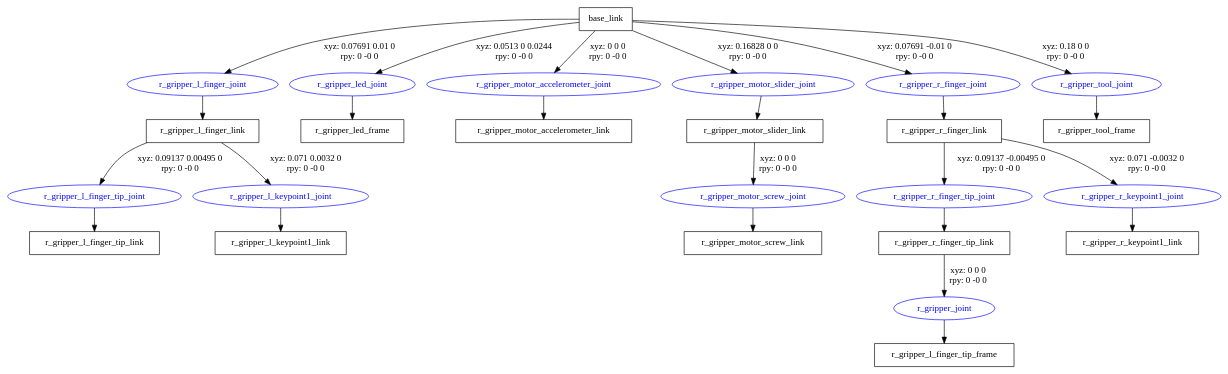
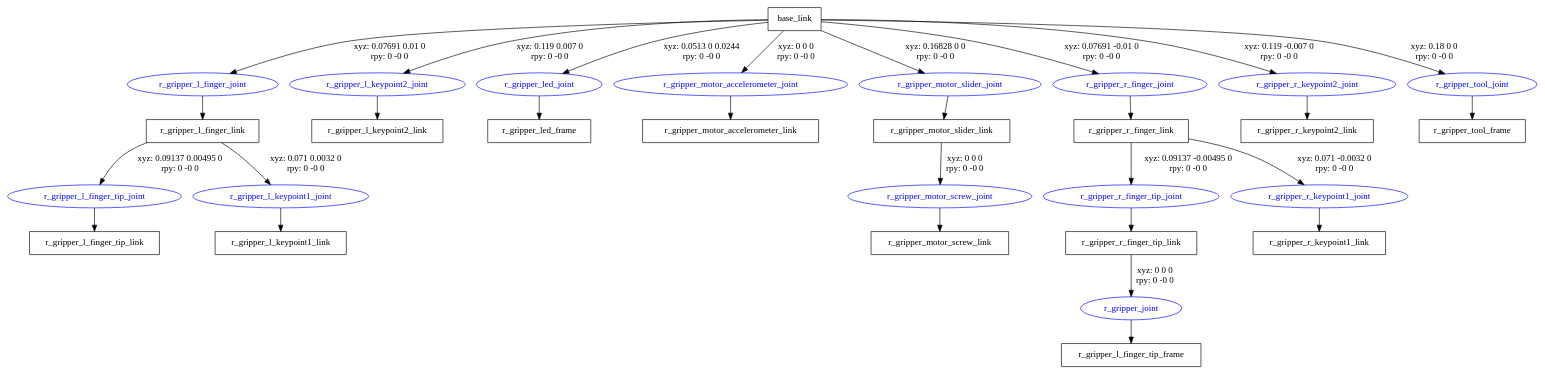
Before and after one commit to softyanija/scikit-robot-models: the diagram in pr2hand/pdf/pr2hand.gv, drawn with Graphviz. The commit also changed 3 other files, not shown here.

```diff
--- a/pr2hand/pdf/pr2hand.gv
+++ b/pr2hand/pdf/pr2hand.gv
@@ -1,41 +1,47 @@
 digraph G {
 node [shape=box];
 "base_link" [label="base_link"];
 "r_gripper_l_finger_link" [label="r_gripper_l_finger_link"];
 "r_gripper_l_finger_tip_link" [label="r_gripper_l_finger_tip_link"];
 "r_gripper_l_keypoint1_link" [label="r_gripper_l_keypoint1_link"];
+"r_gripper_l_keypoint2_link" [label="r_gripper_l_keypoint2_link"];
 "r_gripper_led_frame" [label="r_gripper_led_frame"];
 "r_gripper_motor_accelerometer_link" [label="r_gripper_motor_accelerometer_link"];
 "r_gripper_motor_slider_link" [label="r_gripper_motor_slider_link"];
 "r_gripper_motor_screw_link" [label="r_gripper_motor_screw_link"];
 "r_gripper_r_finger_link" [label="r_gripper_r_finger_link"];
 "r_gripper_r_finger_tip_link" [label="r_gripper_r_finger_tip_link"];
 "r_gripper_l_finger_tip_frame" [label="r_gripper_l_finger_tip_frame"];
 "r_gripper_r_keypoint1_link" [label="r_gripper_r_keypoint1_link"];
+"r_gripper_r_keypoint2_link" [label="r_gripper_r_keypoint2_link"];
 "r_gripper_tool_frame" [label="r_gripper_tool_frame"];
 node [shape=ellipse, color=blue, fontcolor=blue];
 "base_link" -> "r_gripper_l_finger_joint" [label="xyz: 0.07691 0.01 0 \nrpy: 0 -0 0"]
 "r_gripper_l_finger_joint" -> "r_gripper_l_finger_link"
 "r_gripper_l_finger_link" -> "r_gripper_l_finger_tip_joint" [label="xyz: 0.09137 0.00495 0 \nrpy: 0 -0 0"]
 "r_gripper_l_finger_tip_joint" -> "r_gripper_l_finger_tip_link"
 "r_gripper_l_finger_link" -> "r_gripper_l_keypoint1_joint" [label="xyz: 0.071 0.0032 0 \nrpy: 0 -0 0"]
 "r_gripper_l_keypoint1_joint" -> "r_gripper_l_keypoint1_link"
+"base_link" -> "r_gripper_l_keypoint2_joint" [label="xyz: 0.119 0.007 0 \nrpy: 0 -0 0"]
+"r_gripper_l_keypoint2_joint" -> "r_gripper_l_keypoint2_link"
 "base_link" -> "r_gripper_led_joint" [label="xyz: 0.0513 0 0.0244 \nrpy: 0 -0 0"]
 "r_gripper_led_joint" -> "r_gripper_led_frame"
 "base_link" -> "r_gripper_motor_accelerometer_joint" [label="xyz: 0 0 0 \nrpy: 0 -0 0"]
 "r_gripper_motor_accelerometer_joint" -> "r_gripper_motor_accelerometer_link"
 "base_link" -> "r_gripper_motor_slider_joint" [label="xyz: 0.16828 0 0 \nrpy: 0 -0 0"]
 "r_gripper_motor_slider_joint" -> "r_gripper_motor_slider_link"
 "r_gripper_motor_slider_link" -> "r_gripper_motor_screw_joint" [label="xyz: 0 0 0 \nrpy: 0 -0 0"]
 "r_gripper_motor_screw_joint" -> "r_gripper_motor_screw_link"
 "base_link" -> "r_gripper_r_finger_joint" [label="xyz: 0.07691 -0.01 0 \nrpy: 0 -0 0"]
 "r_gripper_r_finger_joint" -> "r_gripper_r_finger_link"
 "r_gripper_r_finger_link" -> "r_gripper_r_finger_tip_joint" [label="xyz: 0.09137 -0.00495 0 \nrpy: 0 -0 0"]
 "r_gripper_r_finger_tip_joint" -> "r_gripper_r_finger_tip_link"
 "r_gripper_r_finger_tip_link" -> "r_gripper_joint" [label="xyz: 0 0 0 \nrpy: 0 -0 0"]
 "r_gripper_joint" -> "r_gripper_l_finger_tip_frame"
 "r_gripper_r_finger_link" -> "r_gripper_r_keypoint1_joint" [label="xyz: 0.071 -0.0032 0 \nrpy: 0 -0 0"]
 "r_gripper_r_keypoint1_joint" -> "r_gripper_r_keypoint1_link"
+"base_link" -> "r_gripper_r_keypoint2_joint" [label="xyz: 0.119 -0.007 0 \nrpy: 0 -0 0"]
+"r_gripper_r_keypoint2_joint" -> "r_gripper_r_keypoint2_link"
 "base_link" -> "r_gripper_tool_joint" [label="xyz: 0.18 0 0 \nrpy: 0 -0 0"]
 "r_gripper_tool_joint" -> "r_gripper_tool_frame"
 }
```
